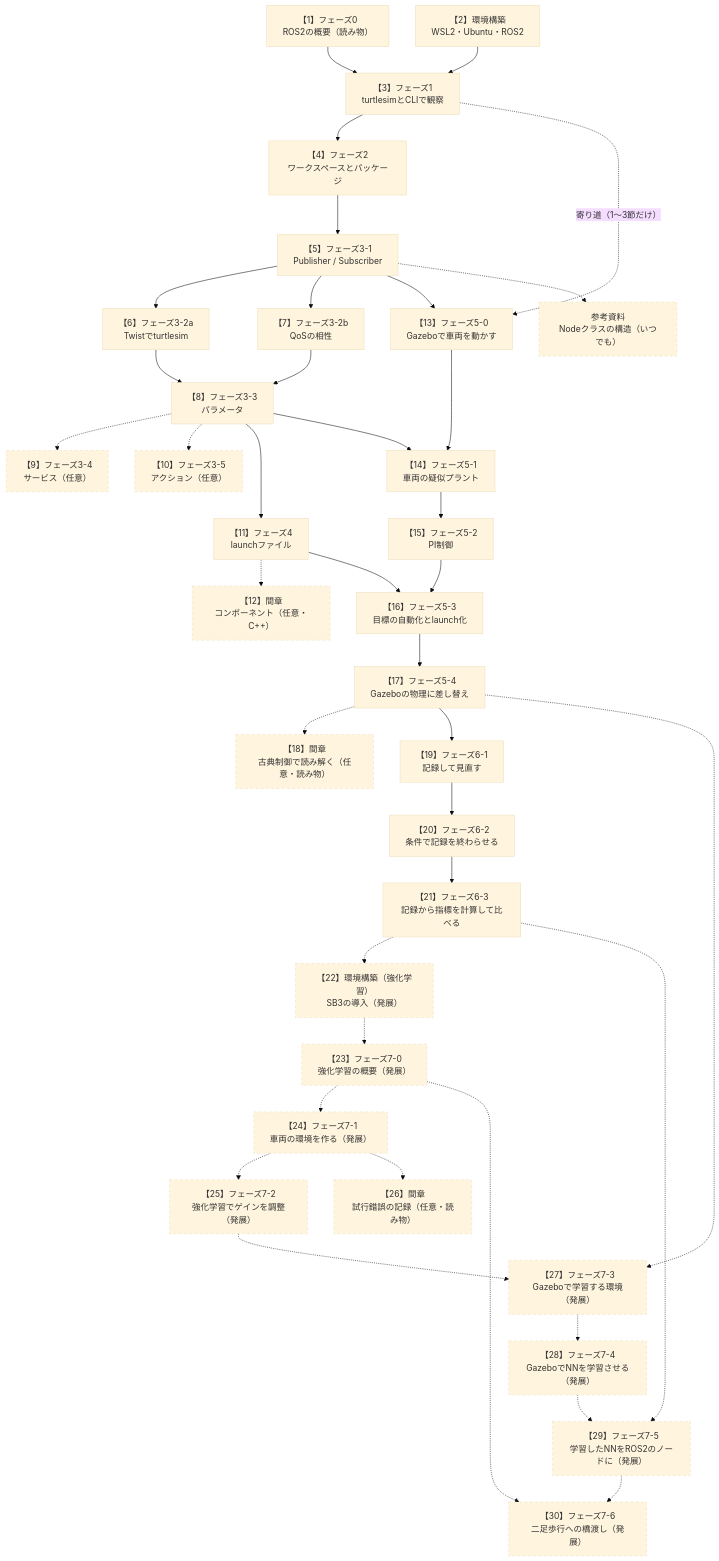
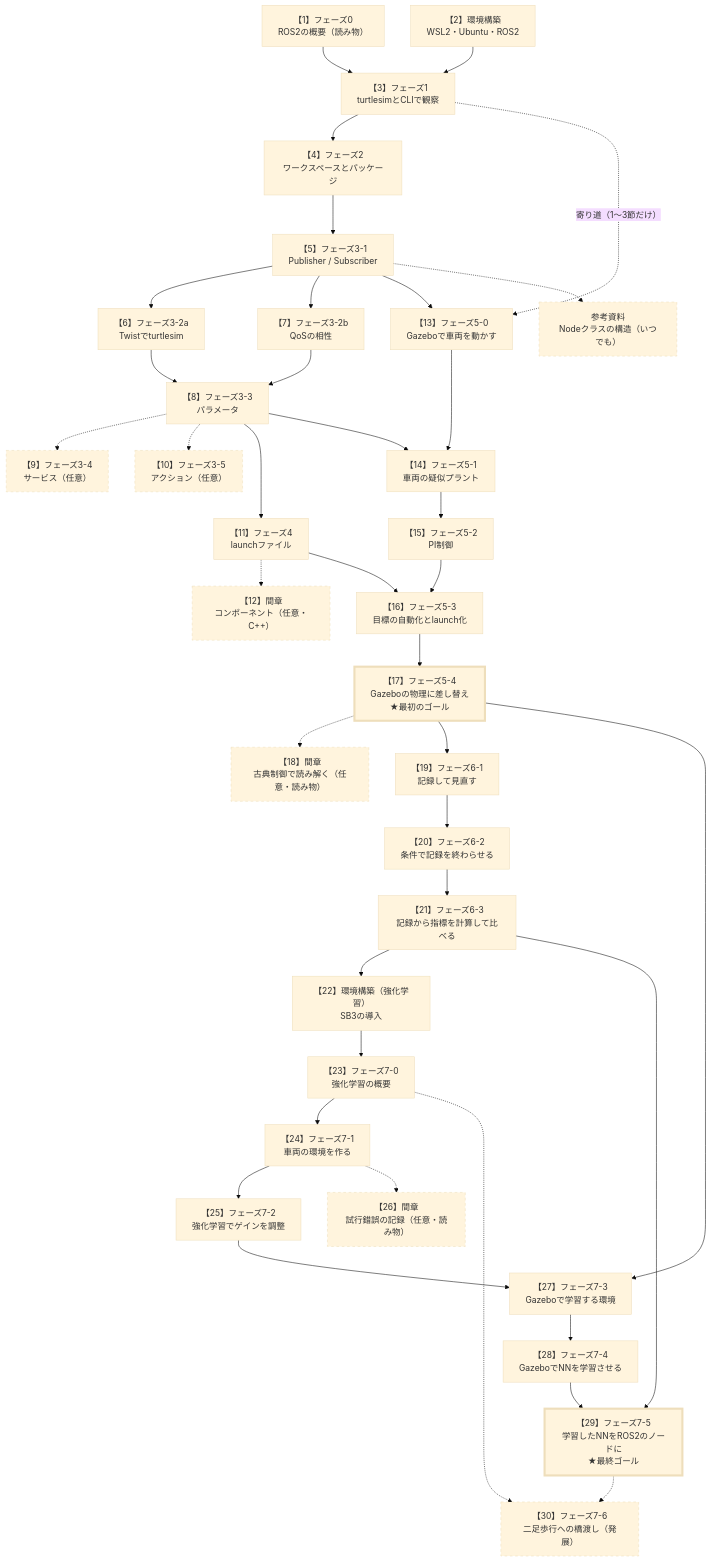
The second of 2 diagrams in README.md (SanghunIm1991/ros2MinimalPhysicalAi), drawn with Mermaid (base theme) before and after one commit. The commit also changed other lines of this file and 11 other files, not shown here.

Commit message:
[claude] フェーズ7-5を教材の最終ゴールにし、序盤で完成形を示す（ユーザー指示）。フェーズ5を最初のゴール、7-5を最終ゴールの2段階にし、READMEに「この教材のゴール」の節と、部品ごとに作るフェーズを添えた構成図（docs/img/phase0_goal.svg）を、フェーズ0に6節（設計の要点と、部品・技術・フェーズの対応表）を足す。読む順番の図・区分（発展→最終ゴール）・学習計画・各手順書の言い回しを合わせ、QA表に記録

````diff
--- a/README.md
+++ b/README.md
@@ -91,43 +124,45 @@
 ```mermaid
 flowchart TB
     P0["【1】フェーズ0<br/>ROS2の概要（読み物）"] --> P1
     SETUP["【2】環境構築<br/>WSL2・Ubuntu・ROS2"] --> P1
     P1["【3】フェーズ1<br/>turtlesimとCLIで観察"] --> P2["【4】フェーズ2<br/>ワークスペースとパッケージ"]
     P2 --> P31["【5】フェーズ3-1<br/>Publisher / Subscriber"]
     P31 --> P32a["【6】フェーズ3-2a<br/>Twistでturtlesim"]
     P31 --> P32b["【7】フェーズ3-2b<br/>QoSの相性"]
     P32a --> P33["【8】フェーズ3-3<br/>パラメータ"]
     P32b --> P33
     P33 -.-> P34["【9】フェーズ3-4<br/>サービス（任意）"]
     P33 -.-> P35["【10】フェーズ3-5<br/>アクション（任意）"]
     P33 --> P4["【11】フェーズ4<br/>launchファイル"]
     P4 -.-> INT["【12】間章<br/>コンポーネント（任意・C++）"]
     P31 --> P50["【13】フェーズ5-0<br/>Gazeboで車両を動かす"]
     P1 -.->|"寄り道（1〜3節だけ）"| P50
     P33 --> P51["【14】フェーズ5-1<br/>車両の疑似プラント"]
     P50 --> P51
     P51 --> P52["【15】フェーズ5-2<br/>PI制御"]
     P4 --> P53["【16】フェーズ5-3<br/>目標の自動化とlaunch化"]
     P52 --> P53
-    P53 --> P54["【17】フェーズ5-4<br/>Gazeboの物理に差し替え"]
+    P53 --> P54["【17】フェーズ5-4<br/>Gazeboの物理に差し替え<br/>★最初のゴール"]
     P54 -.-> INT3["【18】間章<br/>古典制御で読み解く（任意・読み物）"]
     P54 --> P61["【19】フェーズ6-1<br/>記録して見直す"]
     P61 --> P62["【20】フェーズ6-2<br/>条件で記録を終わらせる"]
     P62 --> P63["【21】フェーズ6-3<br/>記録から指標を計算して比べる"]
-    P63 -.-> SETRL["【22】環境構築（強化学習）<br/>SB3の導入（発展）"]
-    SETRL -.-> P70["【23】フェーズ7-0<br/>強化学習の概要（発展）"]
-    P70 -.-> P71["【24】フェーズ7-1<br/>車両の環境を作る（発展）"]
-    P71 -.-> P72["【25】フェーズ7-2<br/>強化学習でゲインを調整（発展）"]
+    P63 --> SETRL["【22】環境構築（強化学習）<br/>SB3の導入"]
+    SETRL --> P70["【23】フェーズ7-0<br/>強化学習の概要"]
+    P70 --> P71["【24】フェーズ7-1<br/>車両の環境を作る"]
+    P71 --> P72["【25】フェーズ7-2<br/>強化学習でゲインを調整"]
     P71 -.-> INT2["【26】間章<br/>試行錯誤の記録（任意・読み物）"]
-    P54 -.-> P73
-    P72 -.-> P73["【27】フェーズ7-3<br/>Gazeboで学習する環境（発展）"]
-    P73 -.-> P74["【28】フェーズ7-4<br/>GazeboでNNを学習させる（発展）"]
-    P63 -.-> P75
-    P74 -.-> P75["【29】フェーズ7-5<br/>学習したNNをROS2のノードに（発展）"]
+    P54 --> P73
+    P72 --> P73["【27】フェーズ7-3<br/>Gazeboで学習する環境"]
+    P73 --> P74["【28】フェーズ7-4<br/>GazeboでNNを学習させる"]
+    P63 --> P75
+    P74 --> P75["【29】フェーズ7-5<br/>学習したNNをROS2のノードに<br/>★最終ゴール"]
     P70 -.-> P76
     P75 -.-> P76["【30】フェーズ7-6<br/>二足歩行への橋渡し（発展）"]
     P31 -.-> REF["参考資料<br/>Nodeクラスの構造（いつでも）"]
 
     classDef optional stroke-dasharray: 5 5
-    class P34,P35,INT,INT3,REF,SETRL,P70,P71,P72,INT2,P73,P74,P75,P76 optional
+    classDef goal stroke-width: 4px
+    class P34,P35,INT,INT3,REF,INT2,P76 optional
+    class P54,P75 goal
 ```
````
